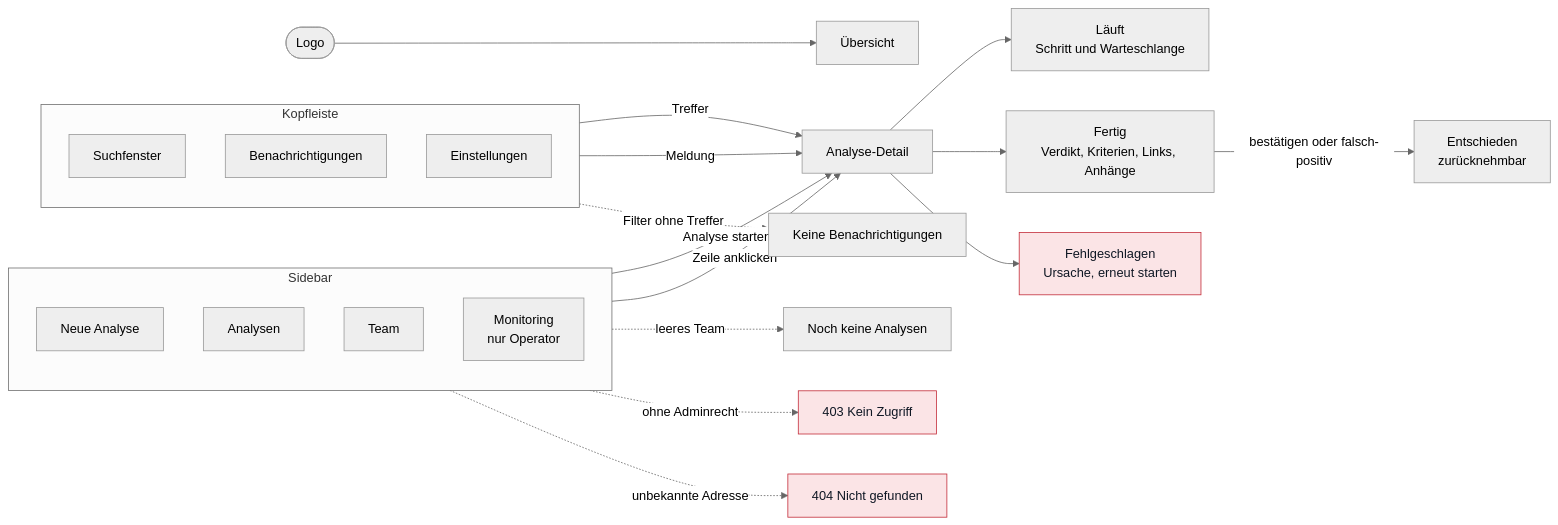
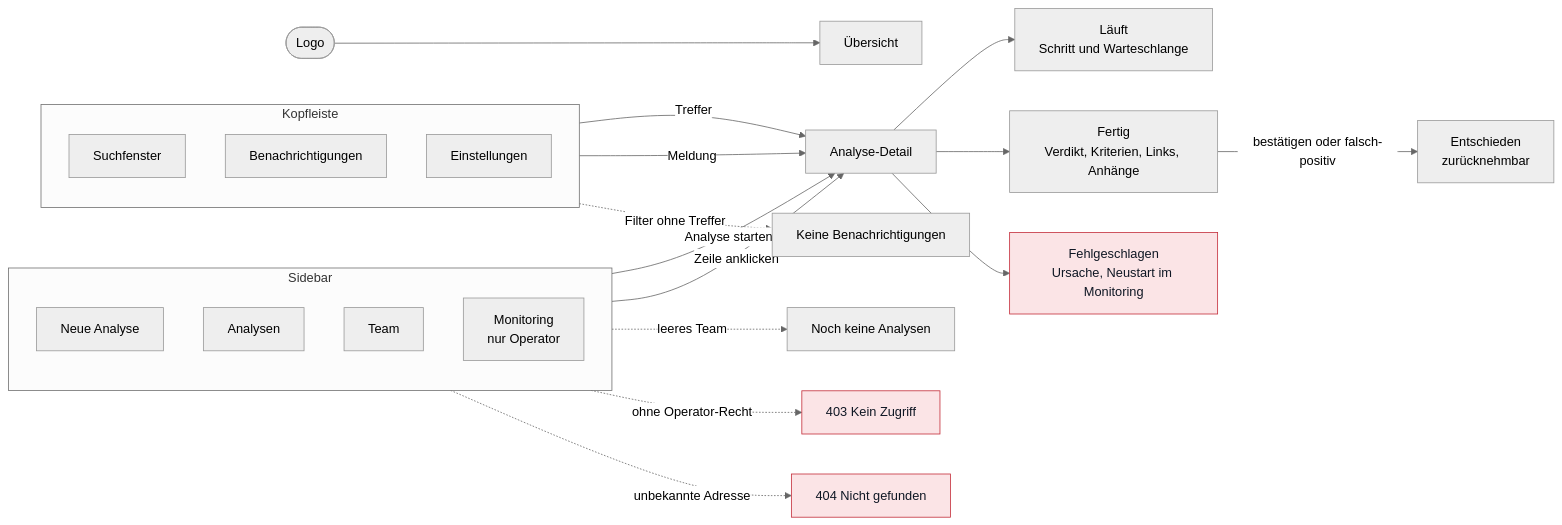
Before and after one commit to teamphive/phisheye: the second of 2 diagrams in docs/site-structure.md, drawn with Mermaid (neutral theme). The commit also changed other lines of this file and 12 other files, not shown here.

````diff
--- a/docs/site-structure.md
+++ b/docs/site-structure.md
@@ -29,37 +29,37 @@
 ```mermaid
 flowchart LR
   logo([Logo]) --> ov["Übersicht"]
 
   subgraph side["Sidebar"]
     direction TB
     neu["Neue Analyse"]
     liste["Analysen"]
     team["Team"]
     mon["Monitoring<br>nur Operator"]
   end
 
   subgraph top["Kopfleiste"]
     direction TB
     suche["Suchfenster"]
     glocke["Benachrichtigungen"]
     profil["Einstellungen"]
   end
 
   neu -->|Analyse starten| detail["Analyse-Detail"]
   liste -->|Zeile anklicken| detail
   suche -->|Treffer| detail
   glocke -->|Meldung| detail
 
   detail --> laeuft["Läuft<br>Schritt und Warteschlange"]
   detail --> fertig["Fertig<br>Verdikt, Kriterien, Links, Anhänge"]
-  detail --> fehler["Fehlgeschlagen<br>Ursache, erneut starten"]
+  detail --> fehler["Fehlgeschlagen<br>Ursache, Neustart im Monitoring"]
   fertig -->|bestätigen oder falsch-positiv| ents["Entschieden<br>zurücknehmbar"]
 
   liste -.->|leeres Team| keine["Noch keine Analysen"]
   glocke -.->|Filter ohne Treffer| keineN["Keine Benachrichtigungen"]
-  mon -.->|ohne Adminrecht| e403["403 Kein Zugriff"]
+  mon -.->|ohne Operator-Recht| e403["403 Kein Zugriff"]
   liste -.->|unbekannte Adresse| e404["404 Nicht gefunden"]
 
   classDef fehlerhaft fill:#FBE4E6,stroke:#C42E3B,color:#0F1724
   class e403,e404,fehler fehlerhaft
 ```
````
